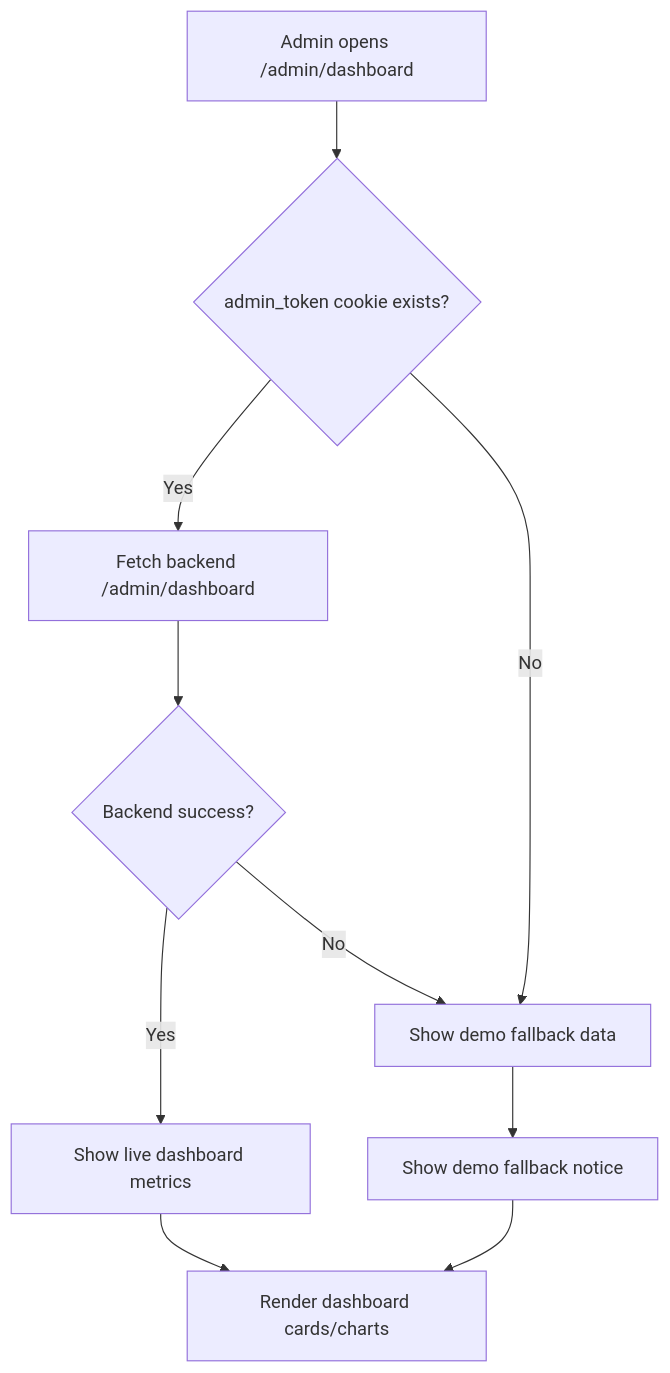
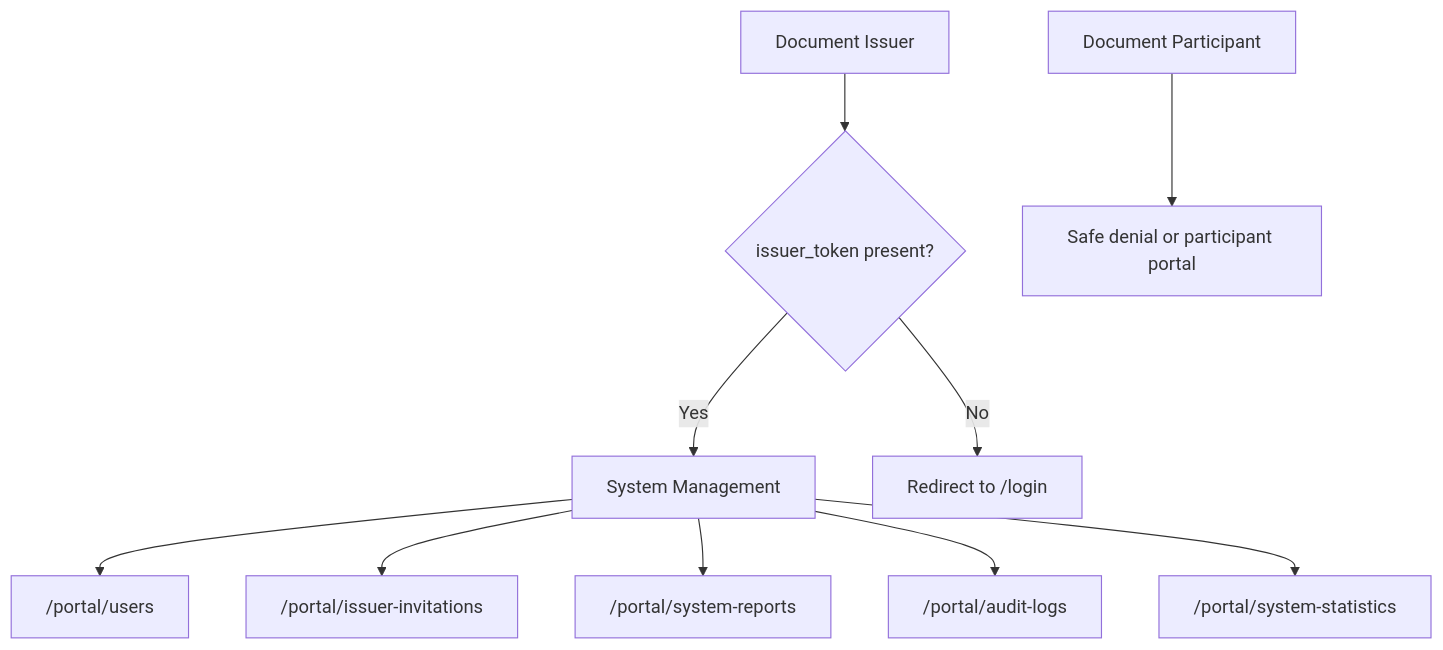
Before and after one commit to agustinelumandong/LexChain: diagram 11 of 18 in docs/LEXCHAIN-WORKFLOW-FLOWCHARTS.md, drawn with Mermaid. The commit also changed other lines of this file and 6 other files, not shown here.

````diff
--- a/docs/LEXCHAIN-WORKFLOW-FLOWCHARTS.md
+++ b/docs/LEXCHAIN-WORKFLOW-FLOWCHARTS.md
@@ -258,15 +265,12 @@
 ```mermaid
 flowchart TD
-  Admin[Admin opens /admin/dashboard] --> CheckCookie{admin_token cookie exists?}
-
-  CheckCookie -- Yes --> FetchLive[Fetch backend /admin/dashboard]
-  FetchLive --> LiveOk{Backend success?}
-  LiveOk -- Yes --> ShowLive[Show live dashboard metrics]
-  LiveOk -- No --> DemoFallback[Show demo fallback data]
-
-  CheckCookie -- No --> DemoFallback
-
-  DemoFallback --> Notice[Show demo fallback notice]
-  ShowLive --> Dashboard[Render dashboard cards/charts]
-  Notice --> Dashboard
+  Issuer[Document Issuer] --> Session{issuer_token present?}
+  Session -- Yes --> SystemManagement[System Management]
+  Session -- No --> Login[Redirect to /login]
+  SystemManagement --> Users["/portal/users"]
+  SystemManagement --> Invitations["/portal/issuer-invitations"]
+  SystemManagement --> Reports["/portal/system-reports"]
+  SystemManagement --> Audit["/portal/audit-logs"]
+  SystemManagement --> Statistics["/portal/system-statistics"]
+  Participant[Document Participant] --> Denied[Safe denial or participant portal]
 ```
````
